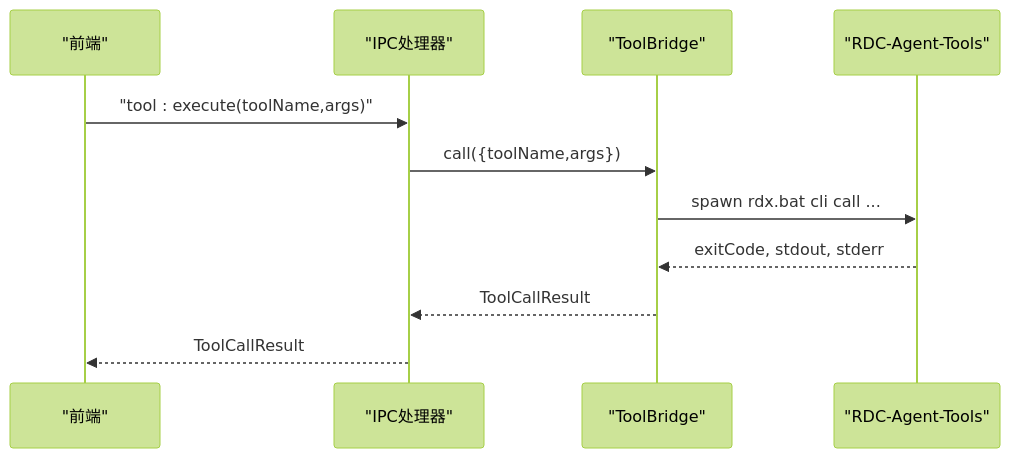
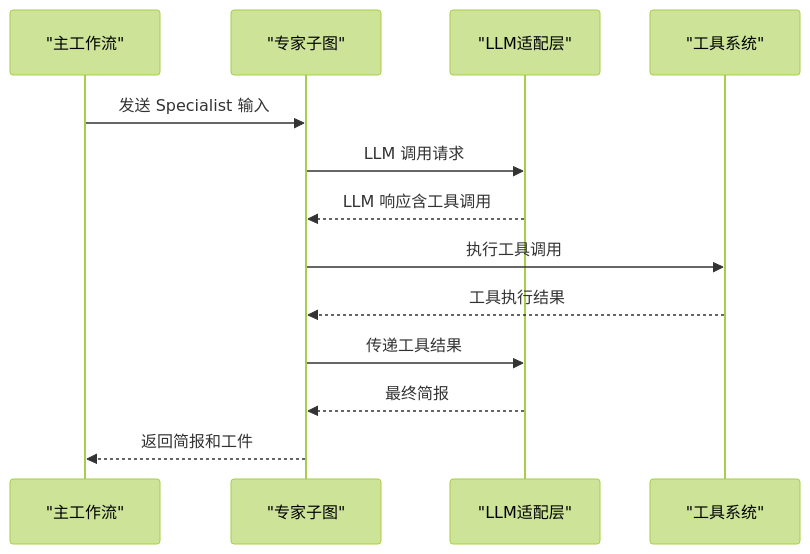
One commit to haolange/RDC-Agent changed the fifth of 6 diagrams in .qoder/repowiki/zh/content/架构设计/工作流引擎.md. Above: the diagram before and after it, drawn with Mermaid (forest theme). The commit also changed other lines of this file and 3483 other files, not shown here.

````diff
--- a/.qoder/repowiki/zh/content/架构设计/工作流引擎.md
+++ b/.qoder/repowiki/zh/content/架构设计/工作流引擎.md
@@ -287,13 +280,15 @@
 ```mermaid
 sequenceDiagram
-participant UI as "前端"
-participant IPC as "IPC处理器"
-participant TB as "ToolBridge"
-participant Tools as "RDC-Agent-Tools"
-UI->>IPC : "tool : execute(toolName,args)"
-IPC->>TB : call({toolName,args})
-TB->>Tools : spawn rdx.bat cli call ...
-Tools-->>TB : exitCode, stdout, stderr
-TB-->>IPC : ToolCallResult
-IPC-->>UI : ToolCallResult
+participant Main as "主工作流"
+participant Subgraph as "专家子图"
+participant LLM as "LLM适配层"
+participant Tools as "工具系统"
+Main->>Subgraph : 发送 Specialist 输入
+Subgraph->>LLM : LLM 调用请求
+LLM-->>Subgraph : LLM 响应含工具调用
+Subgraph->>Tools : 执行工具调用
+Tools-->>Subgraph : 工具执行结果
+Subgraph->>LLM : 传递工具结果
+LLM-->>Subgraph : 最终简报
+Subgraph-->>Main : 返回简报和工件
 ```
````
